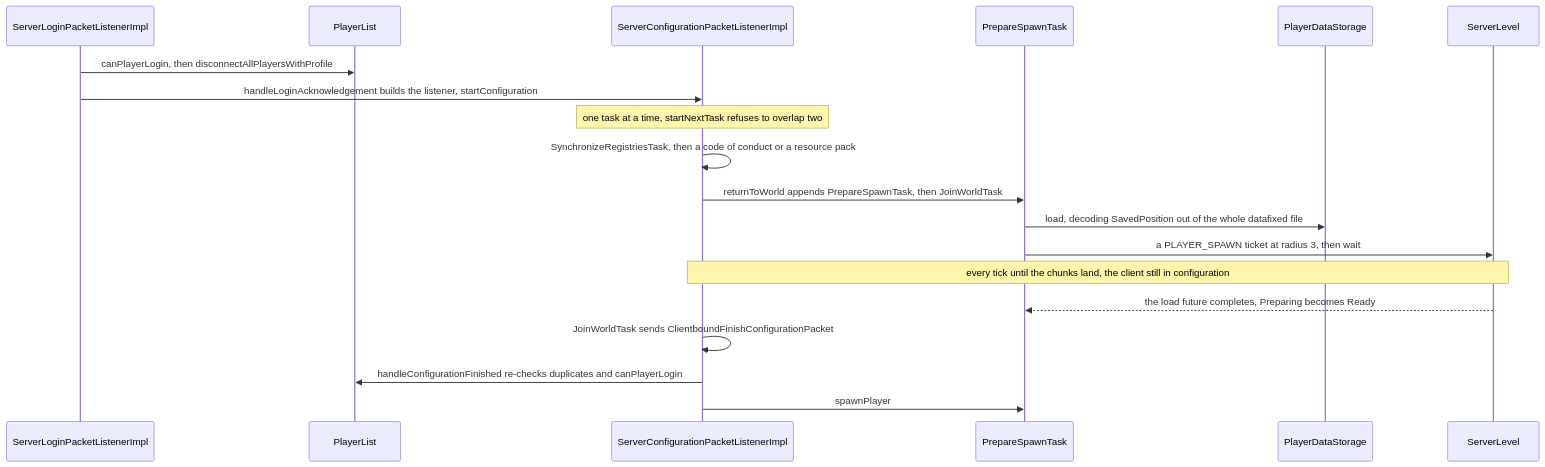
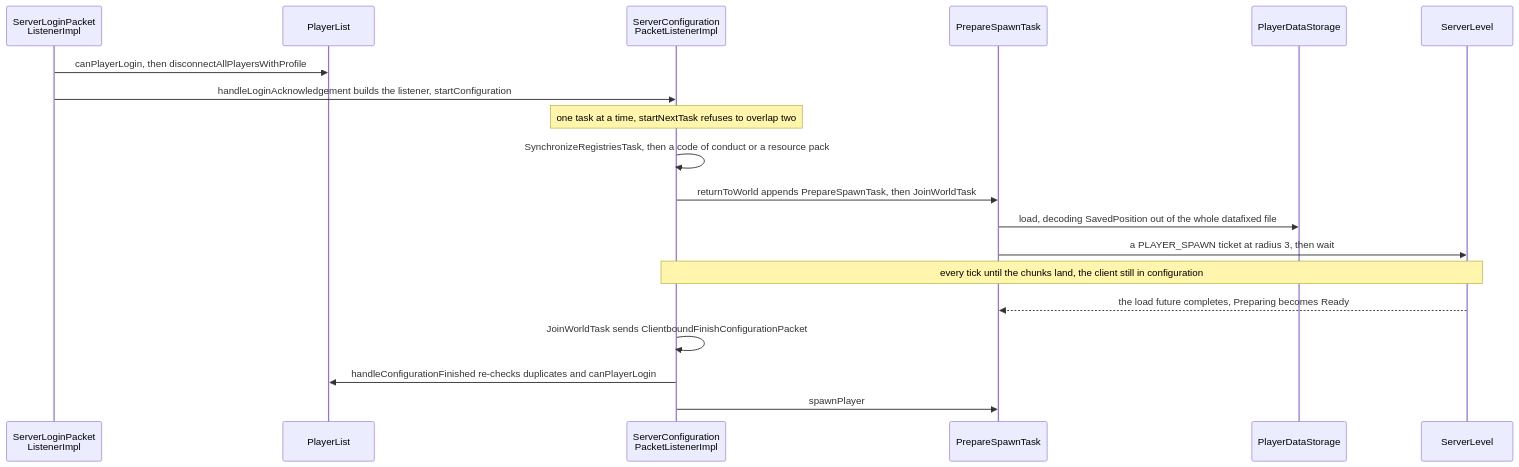
Before and after one commit to AlexanderjFraser/MinecraftDocs: the first of 2 diagrams in src/systems/server/players-and-sessions.md, drawn with Mermaid. The commit also changed other lines of this file and 68 other files, not shown here.

````diff
--- a/src/systems/server/players-and-sessions.md
+++ b/src/systems/server/players-and-sessions.md
@@ -89,22 +89,22 @@
 ```mermaid
 sequenceDiagram
-    participant SLPL as ServerLoginPacketListenerImpl
+    participant SLPL as ServerLoginPacket<br/>ListenerImpl
     participant PL as PlayerList
-    participant SCPL as ServerConfigurationPacketListenerImpl
+    participant SCPL as ServerConfiguration<br/>PacketListenerImpl
     participant PST as PrepareSpawnTask
     participant PDS as PlayerDataStorage
     participant SL as ServerLevel
 
     SLPL->>PL: canPlayerLogin, then disconnectAllPlayersWithProfile
     SLPL->>SCPL: handleLoginAcknowledgement builds the listener, startConfiguration
     Note over SCPL: one task at a time, startNextTask refuses to overlap two
     SCPL->>SCPL: SynchronizeRegistriesTask, then a code of conduct or a resource pack
     SCPL->>PST: returnToWorld appends PrepareSpawnTask, then JoinWorldTask
     PST->>PDS: load, decoding SavedPosition out of the whole datafixed file
     PST->>SL: a PLAYER_SPAWN ticket at radius 3, then wait
     Note over SCPL,SL: every tick until the chunks land, the client still in configuration
     SL-->>PST: the load future completes, Preparing becomes Ready
     SCPL->>SCPL: JoinWorldTask sends ClientboundFinishConfigurationPacket
     SCPL->>PL: handleConfigurationFinished re-checks duplicates and canPlayerLogin
     SCPL->>PST: spawnPlayer
 ```
````
